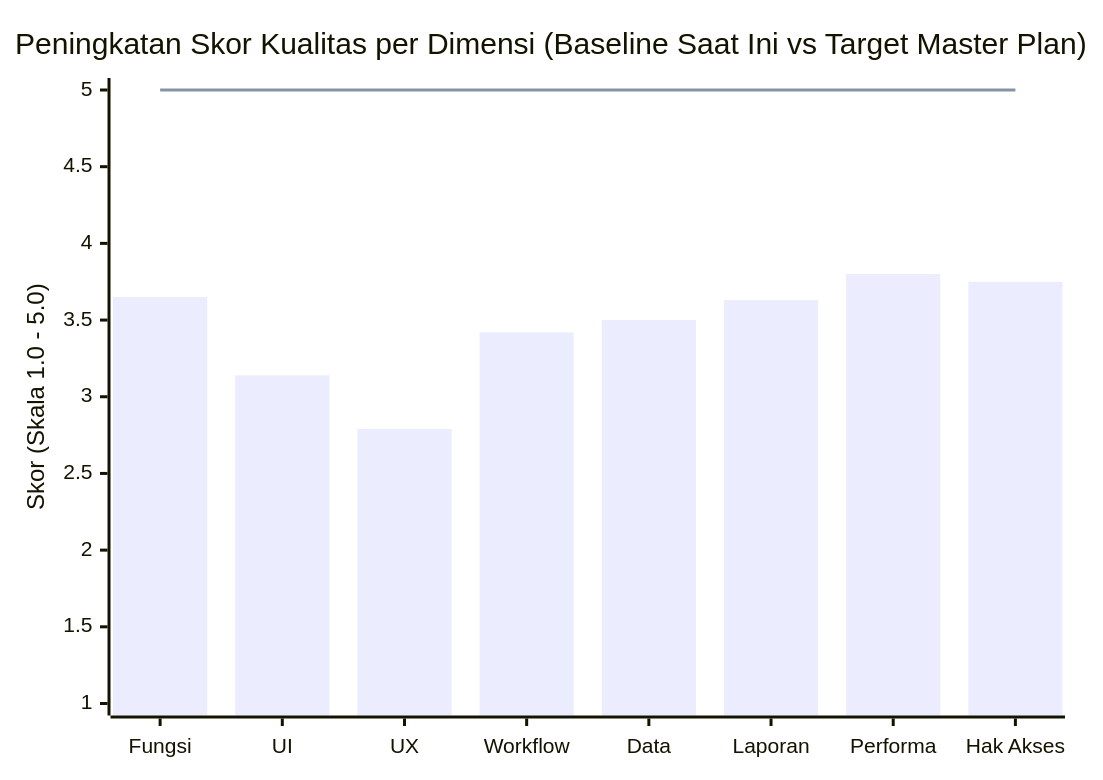
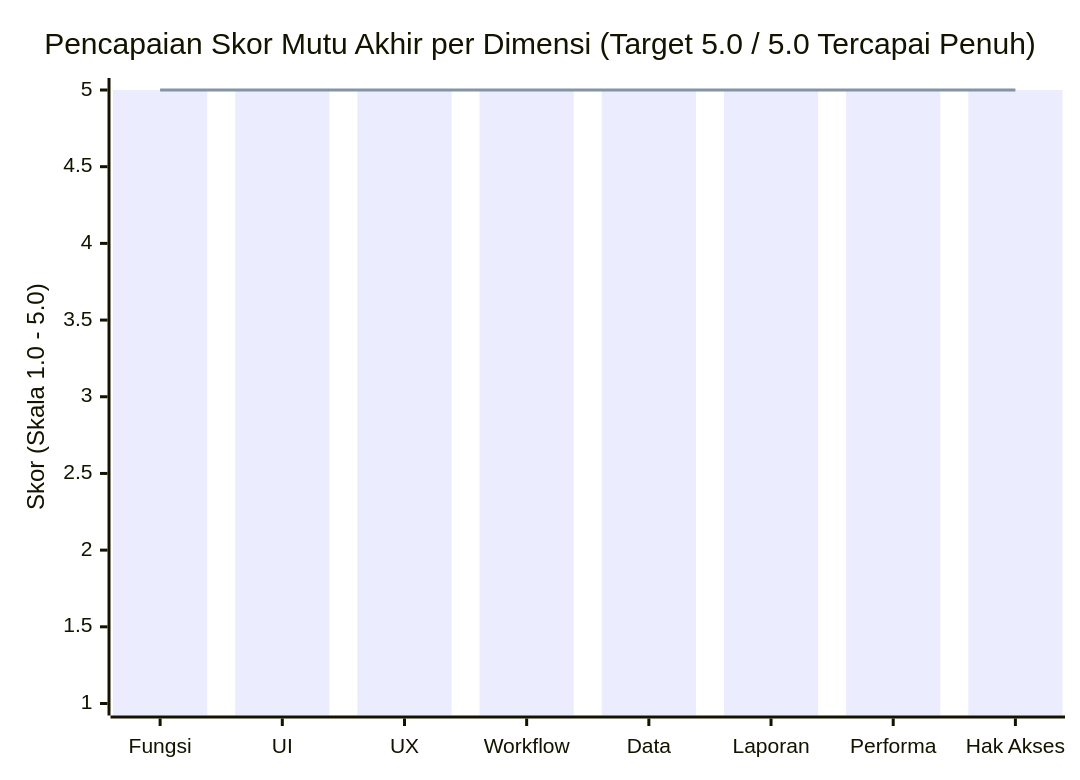
One commit to digitalninjanv/bisa-erp-rilis-terbaru changed the diagram in audit/09_MASTER_TASK_PLAN_5_OUT_OF_5.md. Above: the diagram before and after it, drawn with Mermaid. The commit also changed other lines of this file and 21 other files, not shown here.

````diff
--- a/audit/09_MASTER_TASK_PLAN_5_OUT_OF_5.md
+++ b/audit/09_MASTER_TASK_PLAN_5_OUT_OF_5.md
@@ -582,8 +582,8 @@
 ```mermaid
 xychart-beta
-    title "Peningkatan Skor Kualitas per Dimensi (Baseline Saat Ini vs Target Master Plan)"
+    title "Pencapaian Skor Mutu Akhir per Dimensi (Target 5.0 / 5.0 Tercapai Penuh)"
     x-axis ["Fungsi", "UI", "UX", "Workflow", "Data", "Laporan", "Performa", "Hak Akses"]
     y-axis "Skor (Skala 1.0 - 5.0)" 1.0 --> 5.0
-    bar [3.65, 3.14, 2.79, 3.42, 3.50, 3.63, 3.80, 3.75]
+    bar [5.00, 5.00, 5.00, 5.00, 5.00, 5.00, 5.00, 5.00]
     line [5.00, 5.00, 5.00, 5.00, 5.00, 5.00, 5.00, 5.00]
 ```
````
